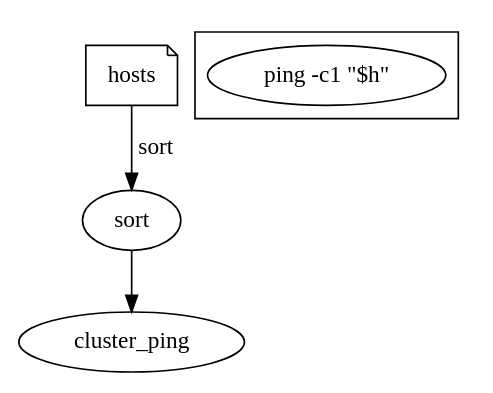
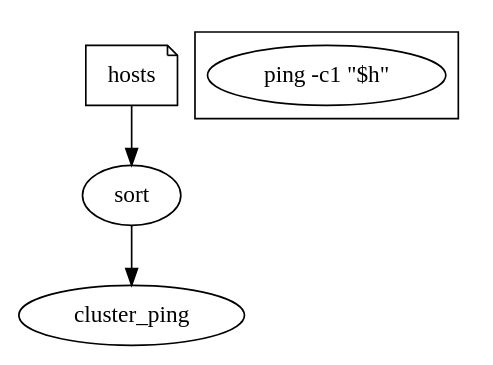
Before and after one commit to curtcox/gripeline: diagram 13 of 33 in SPEC.md, drawn with Graphviz. The commit also changed other lines of this file and 39 other files, not shown here.

````diff
--- a/SPEC.md
+++ b/SPEC.md
@@ -456,11 +480,12 @@
 ```dot
 digraph {                                 //  sort hosts | while read h; do
   hosts [shape=note,label="hosts"]        //      ping -c1 "$h"
-  hosts -> sort[label="sort"]             //  done
+  sort  [label="sort"]                    //  done
+  hosts -> sort
   subgraph cluster_ping {
     gl_loop="while read h"
     p [label="ping -c1 \"$h\""]
   }
   sort -> cluster_ping                     // edge into a cluster = into loop stdin
 }
 ```
````
